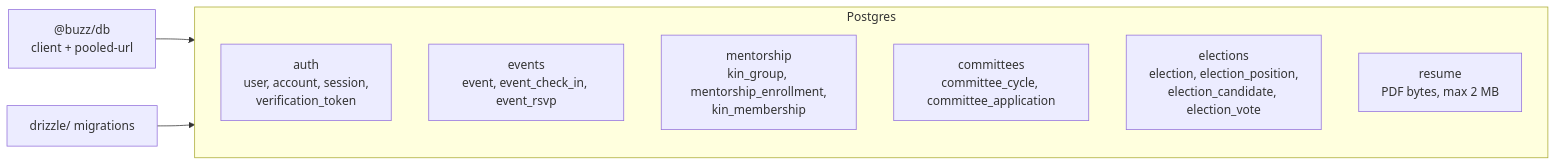
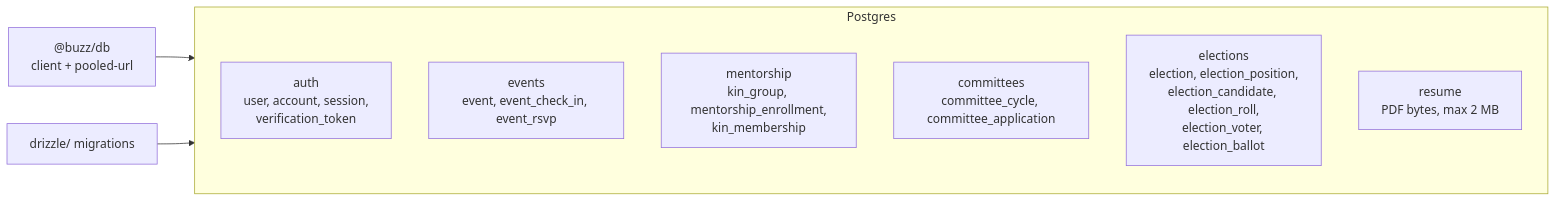
The seventh of 7 diagrams in docs/site-structure.md (GT-SASE/buzz), drawn with Mermaid before and after one commit. The commit also changed 29 other files, not shown here.

First line of the commit message:
feat(elections): scheduled flips, frozen voter list, secret ballot, board from results

````diff
--- a/docs/site-structure.md
+++ b/docs/site-structure.md
@@ -149,14 +149,14 @@
 ```mermaid
 flowchart LR
   client["@buzz/db<br/>client + pooled-url"] --> pg
   migrations["drizzle/ migrations"] --> pg
 
   subgraph pg["Postgres"]
     auth["auth<br/>user, account, session,<br/>verification_token"]
     events["events<br/>event, event_check_in, event_rsvp"]
     mentorship["mentorship<br/>kin_group, mentorship_enrollment,<br/>kin_membership"]
     committees["committees<br/>committee_cycle, committee_application"]
-    elections["elections<br/>election, election_position,<br/>election_candidate, election_vote"]
+    elections["elections<br/>election, election_position,<br/>election_candidate, election_roll,<br/>election_voter, election_ballot"]
     resume["resume<br/>PDF bytes, max 2 MB"]
   end
 ```
````
